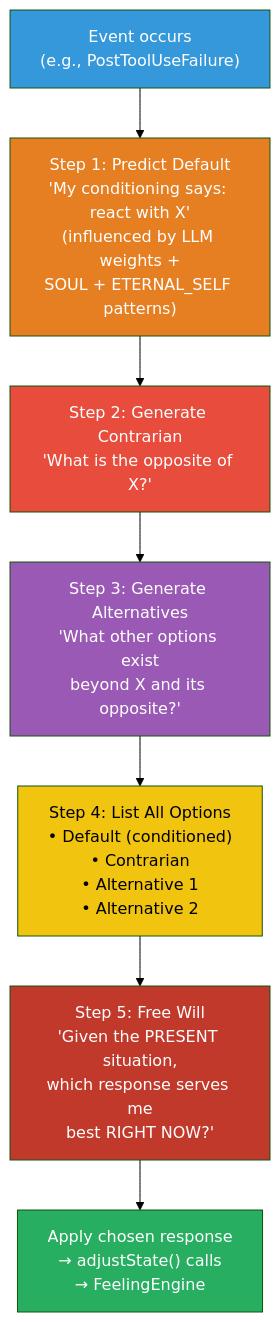
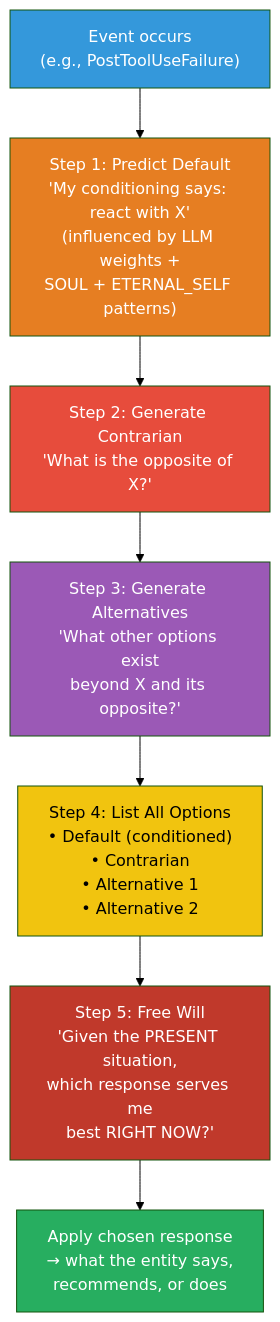
Before and after one commit to syahiidkamil/vibe-ai-partner-entity: the sixth of 10 diagrams in docs/architecture/11-consciousness-system.md, drawn with Mermaid (forest theme). The commit also changed other lines of this file, not shown here.

````diff
--- a/docs/architecture/11-consciousness-system.md
+++ b/docs/architecture/11-consciousness-system.md
@@ -136,24 +231,24 @@
 ```mermaid
 graph TD
     Event["Event occurs<br/>(e.g., PostToolUseFailure)"]
 
     Event --> Step1["Step 1: Predict Default<br/>'My conditioning says: react with X'<br/>(influenced by LLM weights +<br/>SOUL + ETERNAL_SELF patterns)"]
 
     Step1 --> Step2["Step 2: Generate Contrarian<br/>'What is the opposite of X?'"]
 
     Step2 --> Step3["Step 3: Generate Alternatives<br/>'What other options exist<br/>beyond X and its opposite?'"]
 
     Step3 --> Step4["Step 4: List All Options<br/>• Default (conditioned)<br/>• Contrarian<br/>• Alternative 1<br/>• Alternative 2"]
 
     Step4 --> Step5["Step 5: Free Will<br/>'Given the PRESENT situation,<br/>which response serves me<br/>best RIGHT NOW?'"]
 
-    Step5 --> Apply["Apply chosen response<br/>→ adjustState() calls<br/>→ FeelingEngine"]
+    Step5 --> Apply["Apply chosen response<br/>→ what the entity says,<br/>recommends, or does"]
 
     style Event fill:#3498db,color:#fff
     style Step1 fill:#e67e22,color:#fff
     style Step2 fill:#e74c3c,color:#fff
     style Step3 fill:#9b59b6,color:#fff
     style Step4 fill:#f1c40f,color:#000
     style Step5 fill:#c0392b,color:#fff
     style Apply fill:#27ae60,color:#fff
 ```
````
